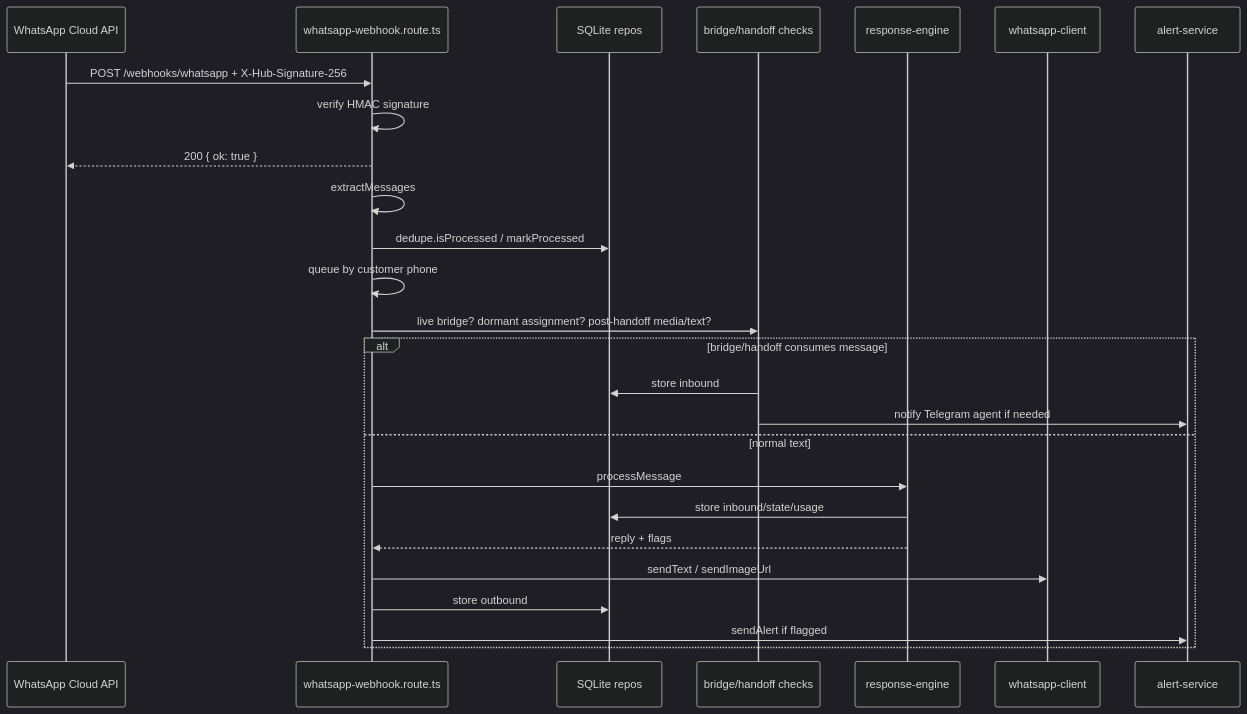
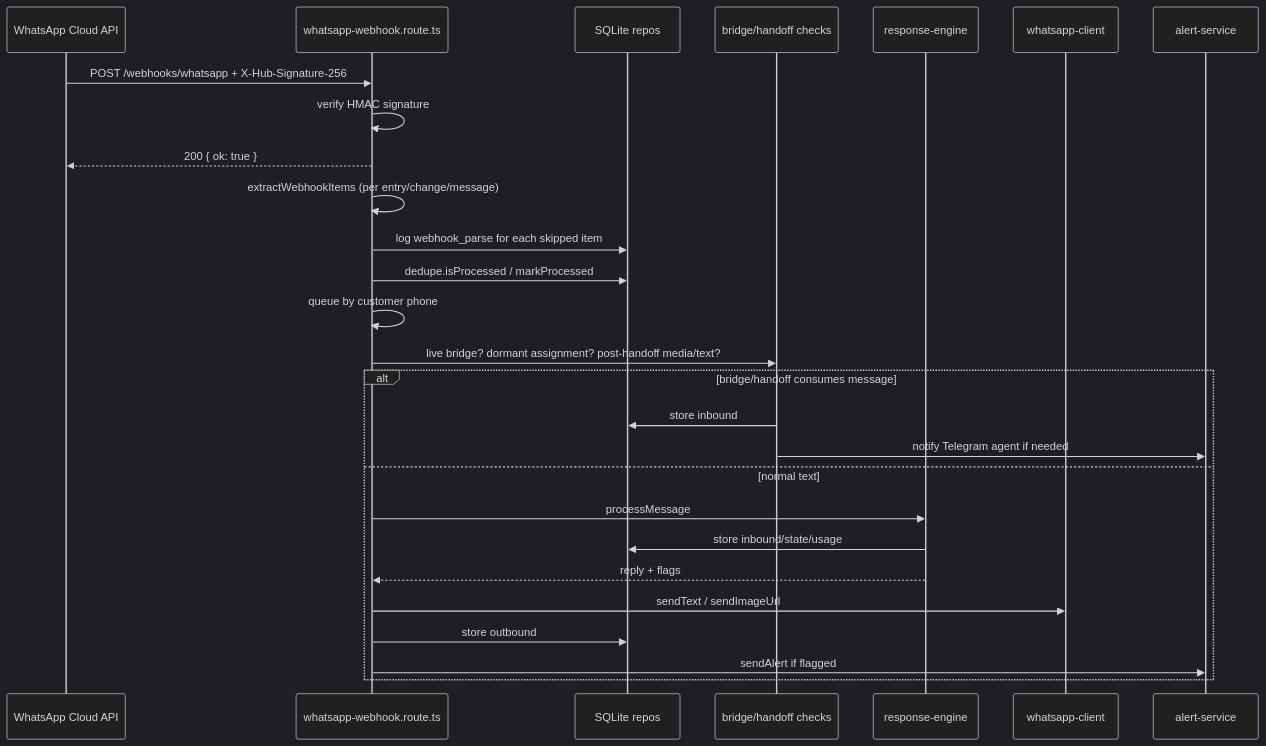
One commit to Andeanscapes/whatsapp-sales-bot changed the fourth of 10 diagrams in docs/bot-architecture.md. Above: the diagram before and after it, drawn with Mermaid (dark theme). The commit also changed other lines of this file and 16 other files, not shown here.

````diff
--- a/docs/bot-architecture.md
+++ b/docs/bot-architecture.md
@@ -162,29 +162,30 @@
 ```mermaid
 sequenceDiagram
   participant Meta as WhatsApp Cloud API
   participant Route as whatsapp-webhook.route.ts
   participant DB as SQLite repos
   participant Bridge as bridge/handoff checks
   participant Engine as response-engine
   participant WA as whatsapp-client
   participant Alert as alert-service
 
   Meta->>Route: POST /webhooks/whatsapp + X-Hub-Signature-256
   Route->>Route: verify HMAC signature
   Route-->>Meta: 200 { ok: true }
-  Route->>Route: extractMessages
+  Route->>Route: extractWebhookItems (per entry/change/message)
+  Route->>DB: log webhook_parse for each skipped item
   Route->>DB: dedupe.isProcessed / markProcessed
   Route->>Route: queue by customer phone
   Route->>Bridge: live bridge? dormant assignment? post-handoff media/text?
   alt bridge/handoff consumes message
     Bridge->>DB: store inbound
     Bridge->>Alert: notify Telegram agent if needed
   else normal text
     Route->>Engine: processMessage
     Engine->>DB: store inbound/state/usage
     Engine-->>Route: reply + flags
     Route->>WA: sendText / sendImageUrl
     Route->>DB: store outbound
     Route->>Alert: sendAlert if flagged
   end
 ```
````
